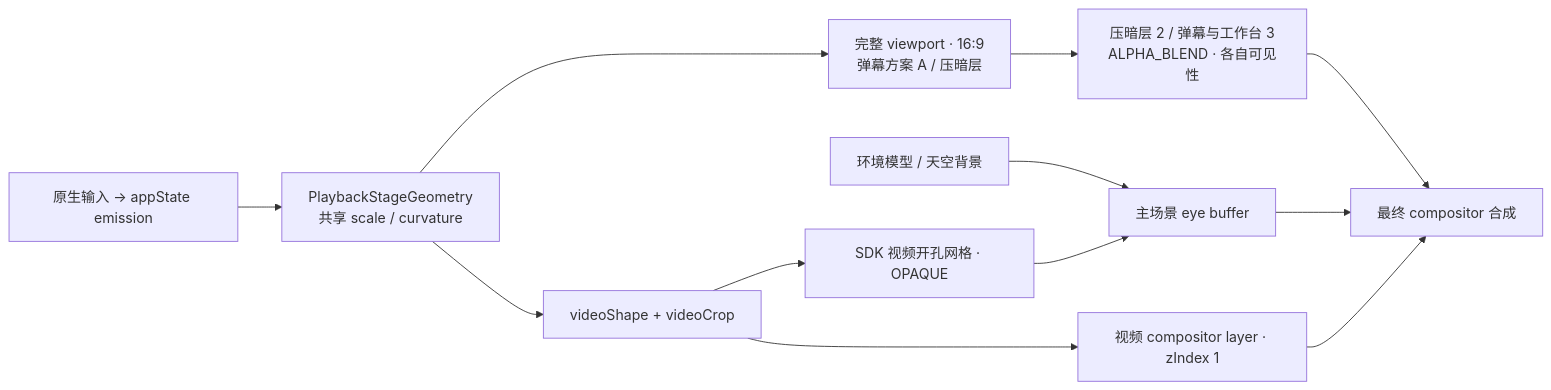
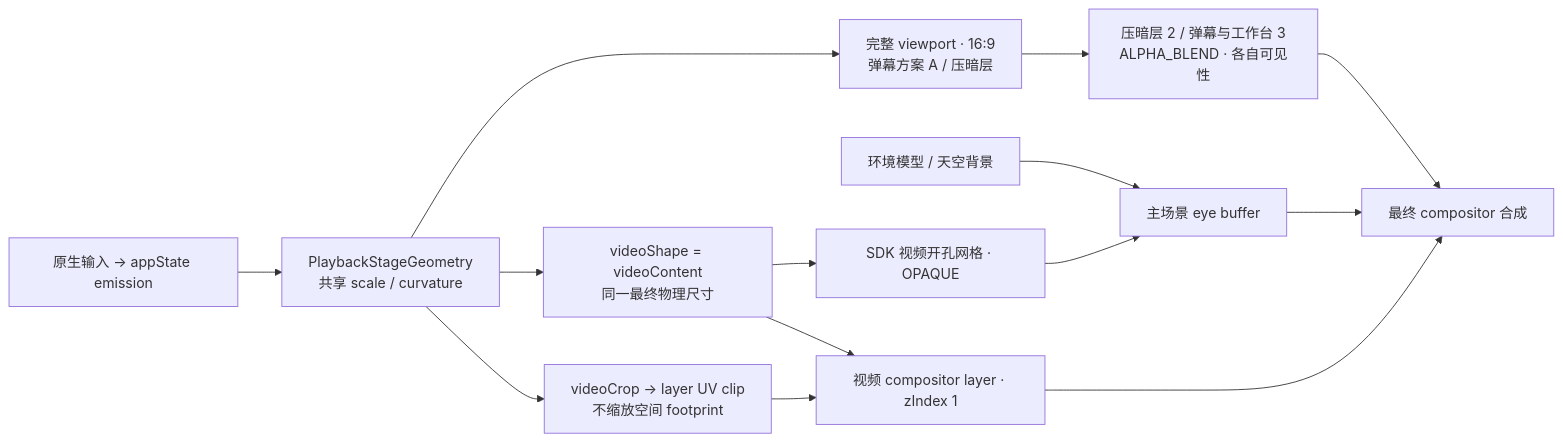
The second of 5 diagrams in docs/ui-structure-and-terminology.md (Powdered-Delta/viriviri), drawn with Mermaid before and after one commit. The commit also changed other lines of this file and 8 other files, not shown here.

````diff
--- a/docs/ui-structure-and-terminology.md
+++ b/docs/ui-structure-and-terminology.md
@@ -135,14 +139,16 @@
 ```mermaid
 flowchart LR
     Env["环境模型 / 天空背景"] --> Eye["主场景 eye buffer"]
     Params["原生输入 → appState emission"] --> Geometry["PlaybackStageGeometry<br/>共享 scale / curvature"]
-    Geometry --> Shape["videoShape + videoCrop"]
+    Geometry --> Shape["videoShape = videoContent<br/>同一最终物理尺寸"]
+    Geometry --> Clip["videoCrop → layer UV clip<br/>不缩放空间 footprint"]
     Geometry --> Viewport["完整 viewport · 16:9<br/>弹幕方案 A / 压暗层"]
     Shape --> Aperture["SDK 视频开孔网格 · OPAQUE"]
     Shape --> Video["视频 compositor layer · zIndex 1"]
+    Clip --> Video
     Aperture --> Eye
     Viewport --> UI["压暗层 2 / 弹幕与工作台 3<br/>ALPHA_BLEND · 各自可见性"]
     UI --> Composite["最终 compositor 合成"]
     Eye --> Composite
     Video --> Composite
 ```
````
